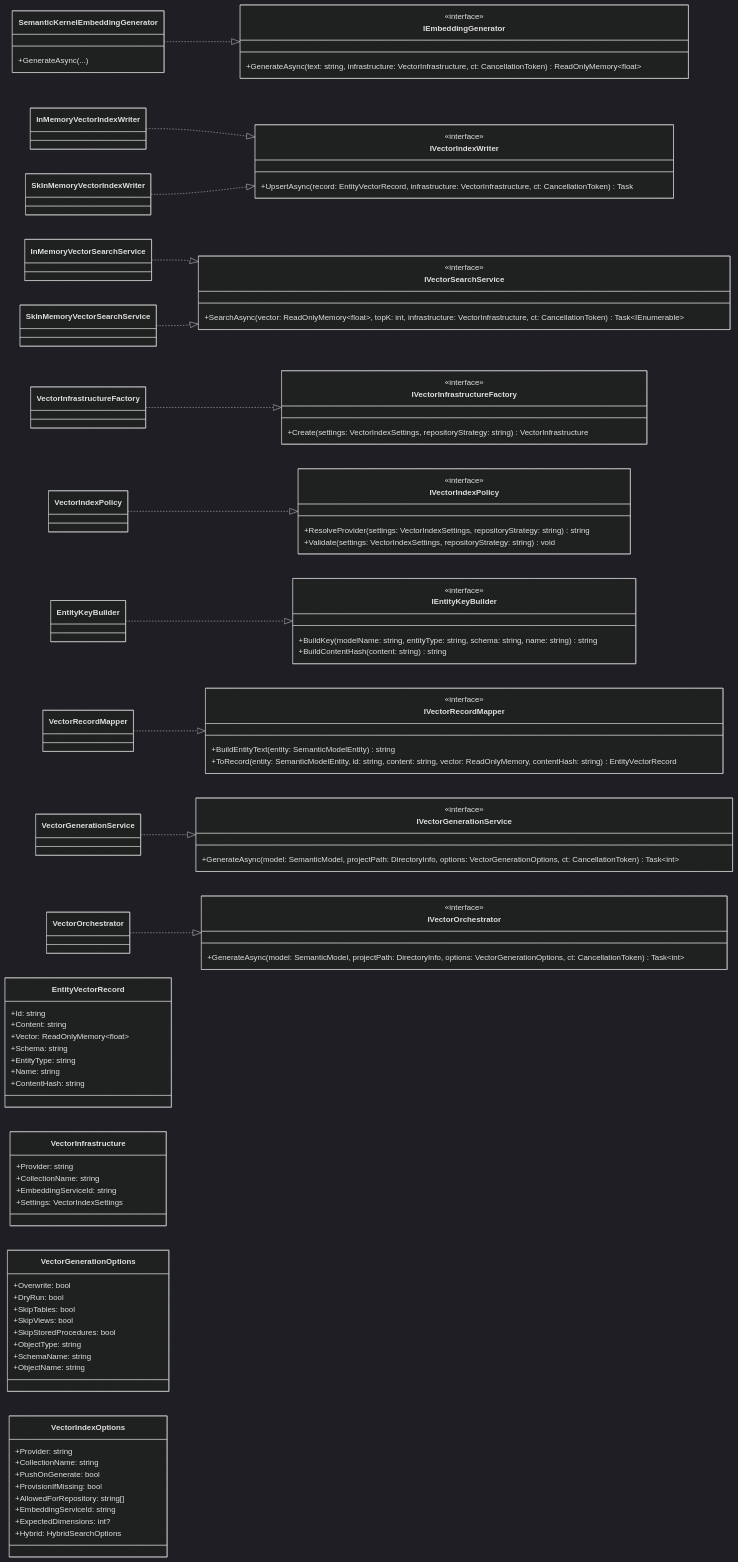
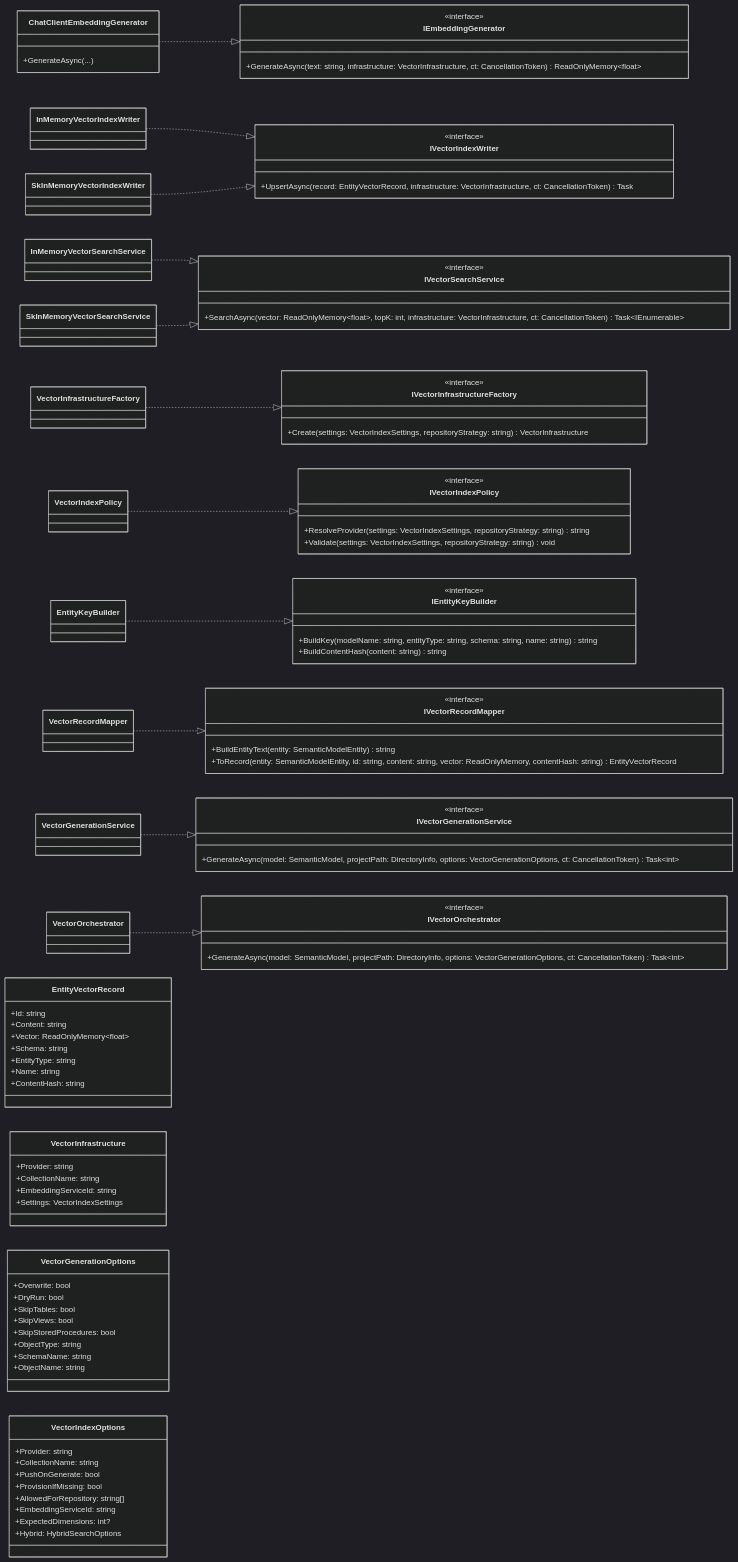
Before and after one commit to PlagueHO/genai-database-explorer: the second of 2 diagrams in docs/components/semantic-vectors-documentation.md, drawn with Mermaid (dark theme). The commit also changed other lines of this file and 46 other files, not shown here.

```diff
--- a/docs/components/semantic-vectors-documentation.md
+++ b/docs/components/semantic-vectors-documentation.md
@@ -77,10 +77,10 @@
     <<interface>>
     +GenerateAsync(text: string, infrastructure: VectorInfrastructure, ct: CancellationToken) ReadOnlyMemory~float~
   }
-  class SemanticKernelEmbeddingGenerator {
+  class ChatClientEmbeddingGenerator {
     +GenerateAsync(...)
   }
-  SemanticKernelEmbeddingGenerator ..|> IEmbeddingGenerator
+  ChatClientEmbeddingGenerator ..|> IEmbeddingGenerator
 
   class IVectorIndexWriter {
     <<interface>>
```
